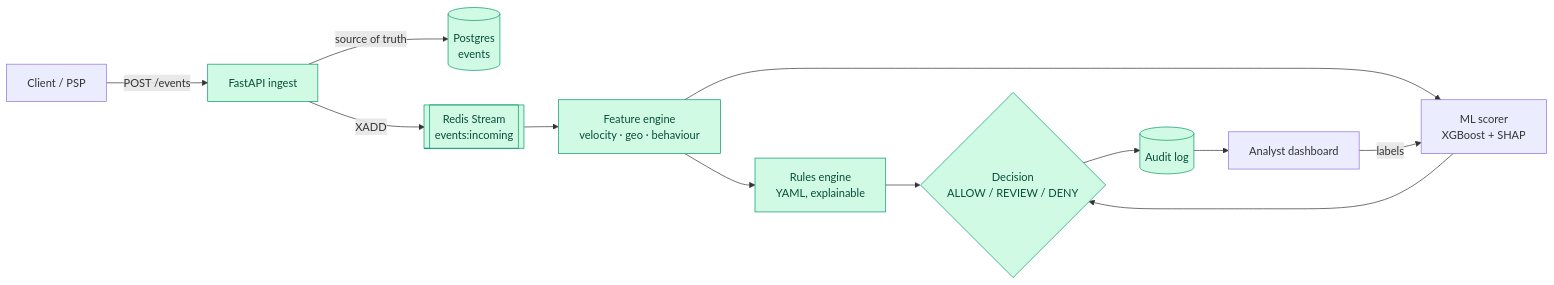
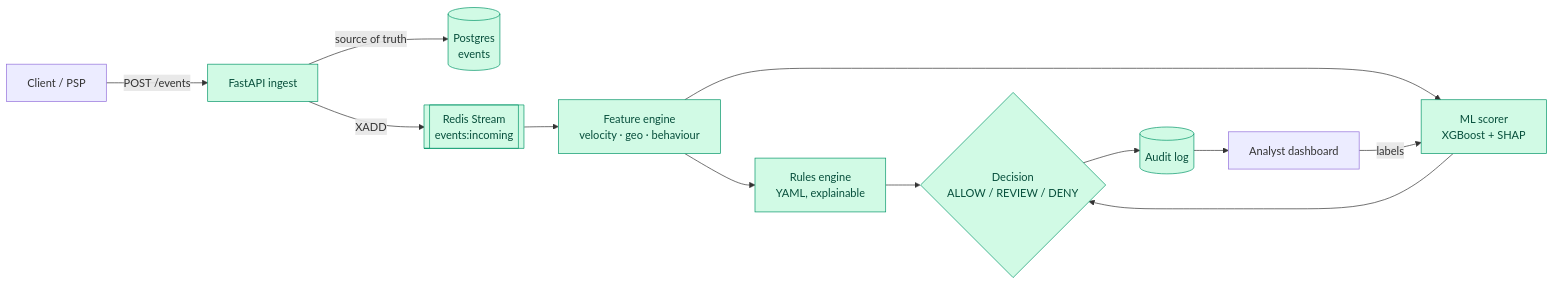
Before and after one commit to ADARSHputhane/fraud-detection-engine: the diagram in README.md, drawn with Mermaid. The commit also changed other lines of this file and 22 other files, not shown here.

````diff
--- a/README.md
+++ b/README.md
@@ -22,17 +22,17 @@
 ```mermaid
 flowchart LR
     C[Client / PSP] -->|POST /events| API[FastAPI ingest]
     API -->|source of truth| PG[(Postgres<br/>events)]
     API -->|XADD| RS[[Redis Stream<br/>events:incoming]]
     RS --> FE[Feature engine<br/>velocity · geo · behaviour]
     FE --> RE[Rules engine<br/>YAML, explainable]
     FE --> ML[ML scorer<br/>XGBoost + SHAP]
     RE --> D{Decision<br/>ALLOW / REVIEW / DENY}
     ML --> D
     D --> AUD[(Audit log)]
     AUD --> DASH[Analyst dashboard]
     DASH -->|labels| ML
 
     classDef done fill:#d1fae5,stroke:#059669,color:#064e3b;
-    class API,PG,RS,FE,RE,D,AUD done;
+    class API,PG,RS,FE,RE,ML,D,AUD done;
 ```
````
